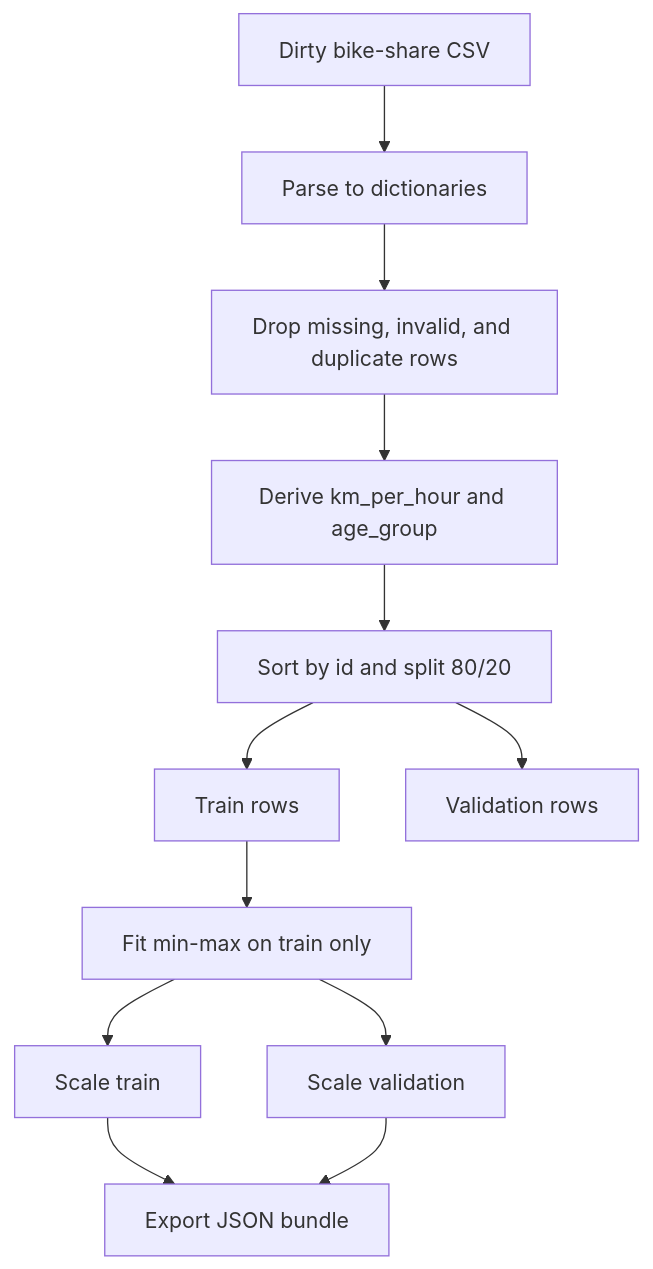
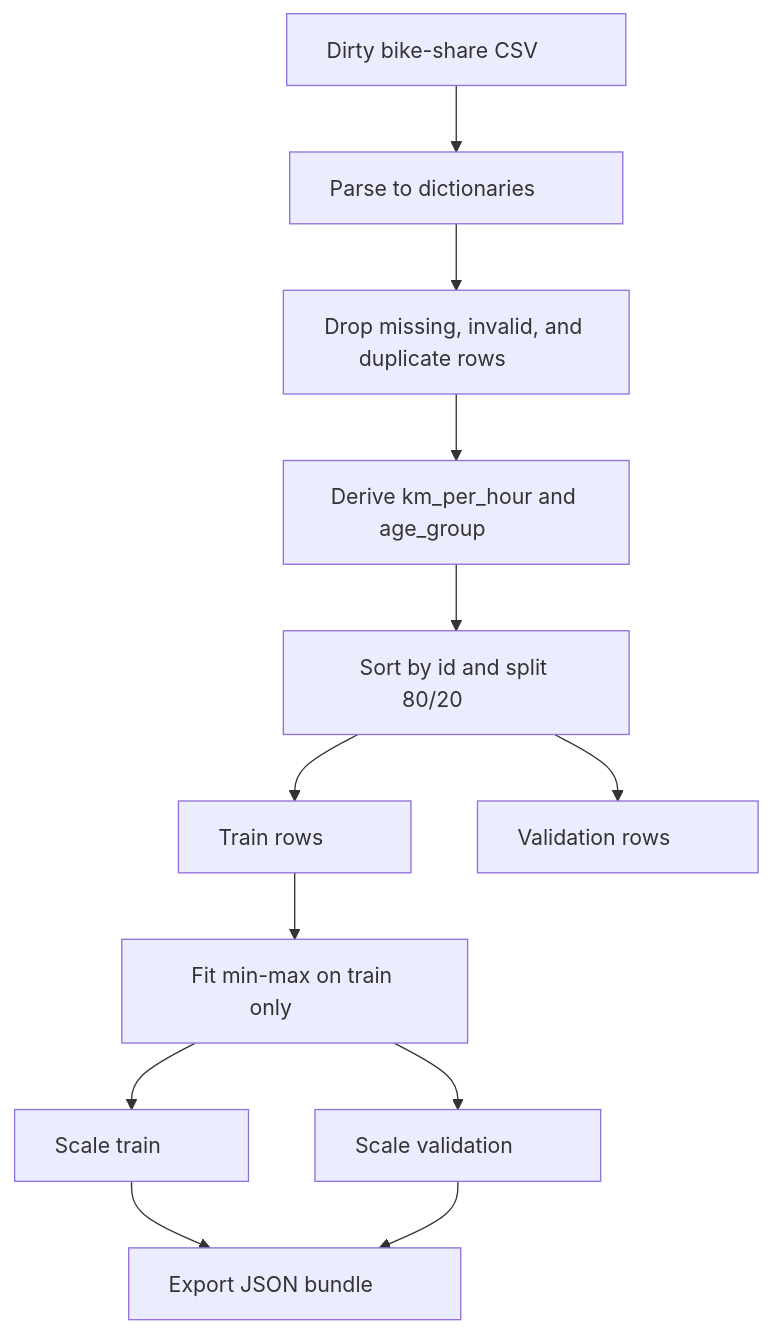
Before and after one commit to ialimustufa/python-crash-course: the fourth of 6 diagrams in README.md, drawn with Mermaid. The commit also changed other lines of this file and 10 other files, not shown here.

Commit message:
Stop Mermaid node labels from clipping the last character.

````diff
--- a/README.md
+++ b/README.md
@@ -93,14 +93,14 @@
 ```mermaid
 flowchart TB
-  rawCsv[Dirty bike-share CSV] --> parseRows[Parse to dictionaries]
-  parseRows --> dropBad[Drop missing, invalid, and duplicate rows]
-  dropBad --> derive[Derive km_per_hour and age_group]
-  derive --> splitData["Sort by id and split 80/20"]
-  splitData --> trainRows[Train rows]
-  splitData --> validRows[Validation rows]
-  trainRows --> fitScale[Fit min-max on train only]
-  fitScale --> scaleTrain[Scale train]
-  fitScale --> scaleValid[Scale validation]
-  scaleTrain --> bundle[Export JSON bundle]
+  rawCsv["Dirty bike-share CSV&nbsp;&nbsp;&nbsp;&nbsp;&nbsp;&nbsp;&nbsp;&nbsp;"] --> parseRows["Parse to dictionaries&nbsp;&nbsp;&nbsp;&nbsp;&nbsp;&nbsp;&nbsp;&nbsp;"]
+  parseRows --> dropBad["Drop missing, invalid, and duplicate rows&nbsp;&nbsp;&nbsp;&nbsp;&nbsp;&nbsp;&nbsp;&nbsp;"]
+  dropBad --> derive["Derive km_per_hour and age_group&nbsp;&nbsp;&nbsp;&nbsp;&nbsp;&nbsp;&nbsp;&nbsp;"]
+  derive --> splitData["Sort by id and split 80/20&nbsp;&nbsp;&nbsp;&nbsp;&nbsp;&nbsp;&nbsp;&nbsp;"]
+  splitData --> trainRows["Train rows&nbsp;&nbsp;&nbsp;&nbsp;&nbsp;&nbsp;&nbsp;&nbsp;"]
+  splitData --> validRows["Validation rows&nbsp;&nbsp;&nbsp;&nbsp;&nbsp;&nbsp;&nbsp;&nbsp;"]
+  trainRows --> fitScale["Fit min-max on train only&nbsp;&nbsp;&nbsp;&nbsp;&nbsp;&nbsp;&nbsp;&nbsp;"]
+  fitScale --> scaleTrain["Scale train&nbsp;&nbsp;&nbsp;&nbsp;&nbsp;&nbsp;&nbsp;&nbsp;"]
+  fitScale --> scaleValid["Scale validation&nbsp;&nbsp;&nbsp;&nbsp;&nbsp;&nbsp;&nbsp;&nbsp;"]
+  scaleTrain --> bundle["Export JSON bundle&nbsp;&nbsp;&nbsp;&nbsp;&nbsp;&nbsp;&nbsp;&nbsp;"]
   scaleValid --> bundle
 ```
````
